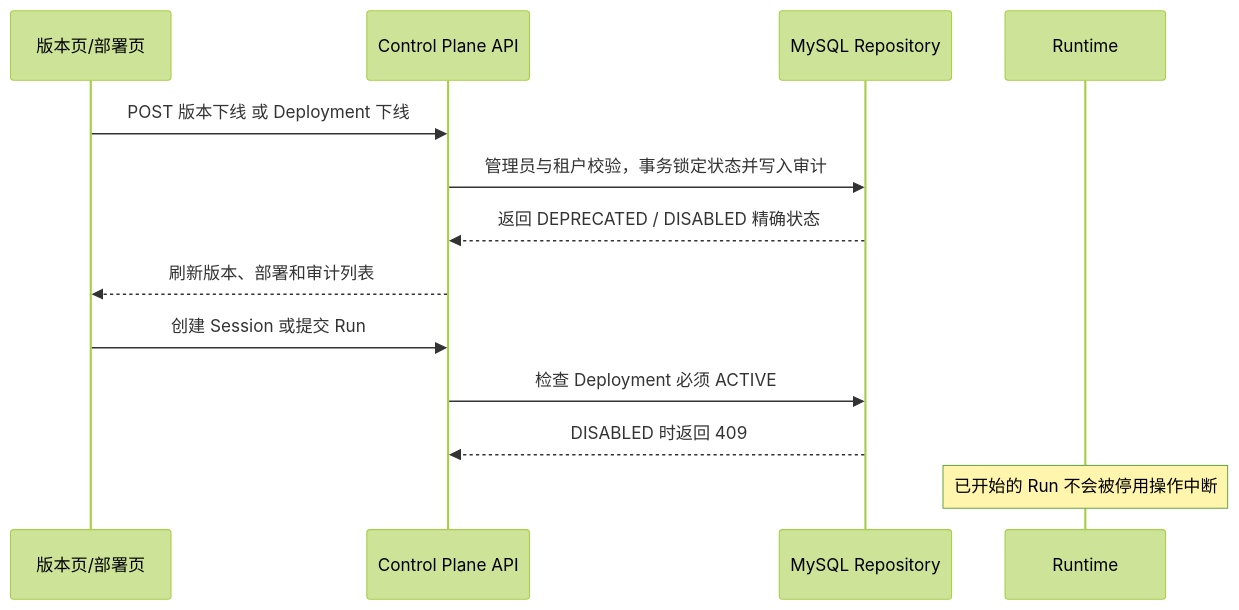
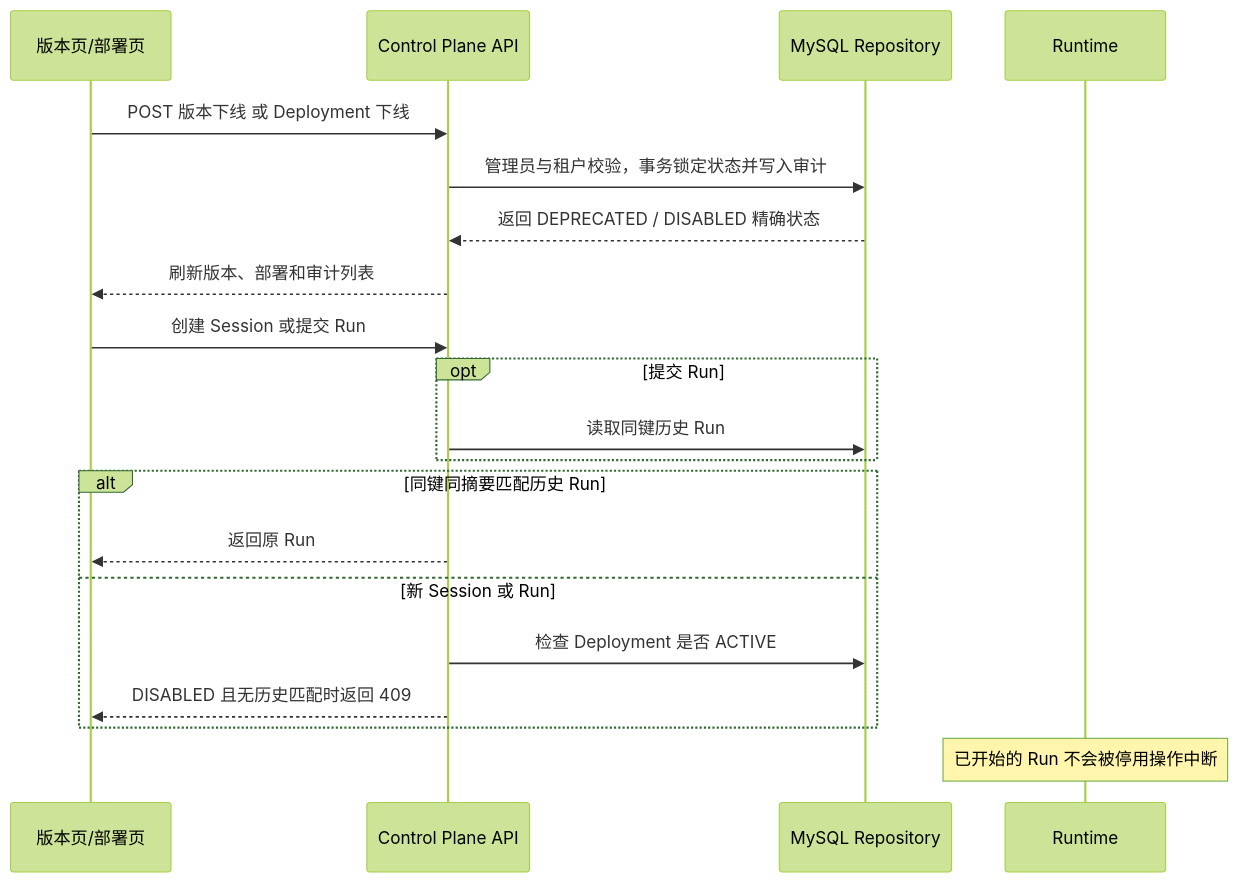
One commit to liulisheng/agentDemo changed the second of 2 diagrams in docs/superpowers/specs/2026-11-16-员工版本编辑与下线设计.md. Above: the diagram before and after it, drawn with Mermaid (forest theme). The commit also changed other lines of this file and 6 other files, not shown here.

````diff
--- a/docs/superpowers/specs/2026-11-16-员工版本编辑与下线设计.md
+++ b/docs/superpowers/specs/2026-11-16-员工版本编辑与下线设计.md
@@ -119,15 +119,22 @@
 ```mermaid
 sequenceDiagram
     participant UI as 版本页/部署页
     participant API as Control Plane API
     participant DB as MySQL Repository
     participant Runtime as Runtime
     UI->>API: POST 版本下线 或 Deployment 下线
     API->>DB: 管理员与租户校验，事务锁定状态并写入审计
     DB-->>API: 返回 DEPRECATED / DISABLED 精确状态
     API-->>UI: 刷新版本、部署和审计列表
     UI->>API: 创建 Session 或提交 Run
-    API->>DB: 检查 Deployment 必须 ACTIVE
-    DB-->>API: DISABLED 时返回 409
+    opt 提交 Run
+        API->>DB: 读取同键历史 Run
+    end
+    alt 同键同摘要匹配历史 Run
+        API-->>UI: 返回原 Run
+    else 新 Session 或 Run
+        API->>DB: 检查 Deployment 是否 ACTIVE
+        API-->>UI: DISABLED 且无历史匹配时返回 409
+    end
     Note over Runtime: 已开始的 Run 不会被停用操作中断
 ```
````
